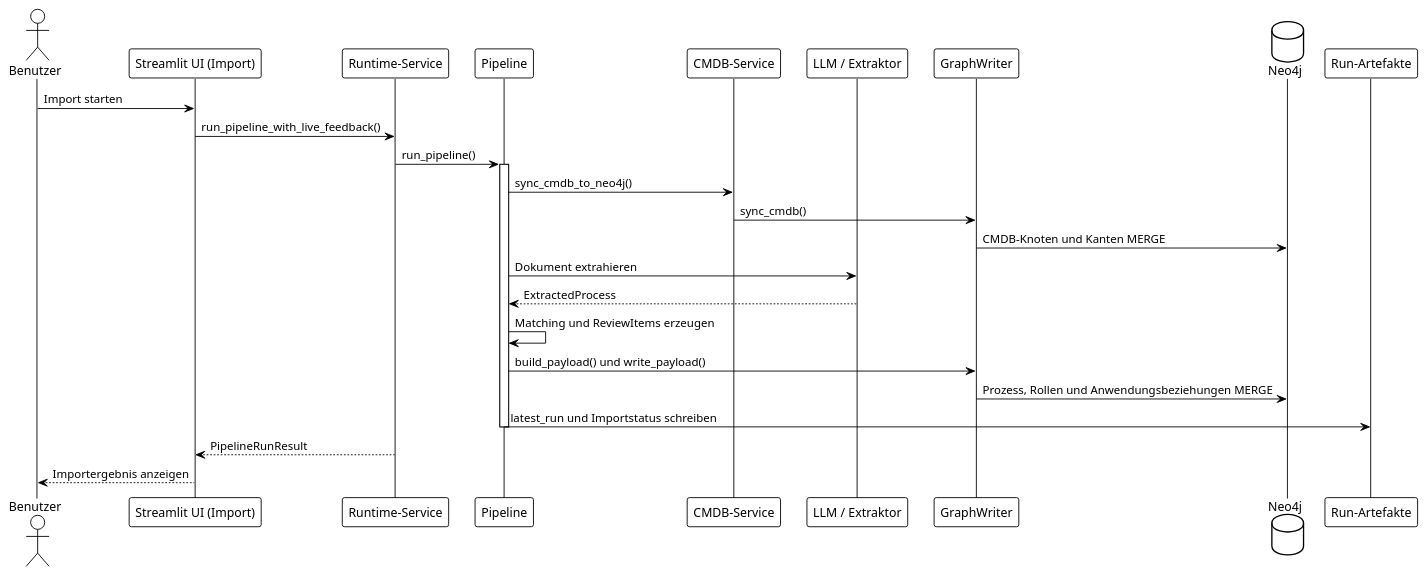
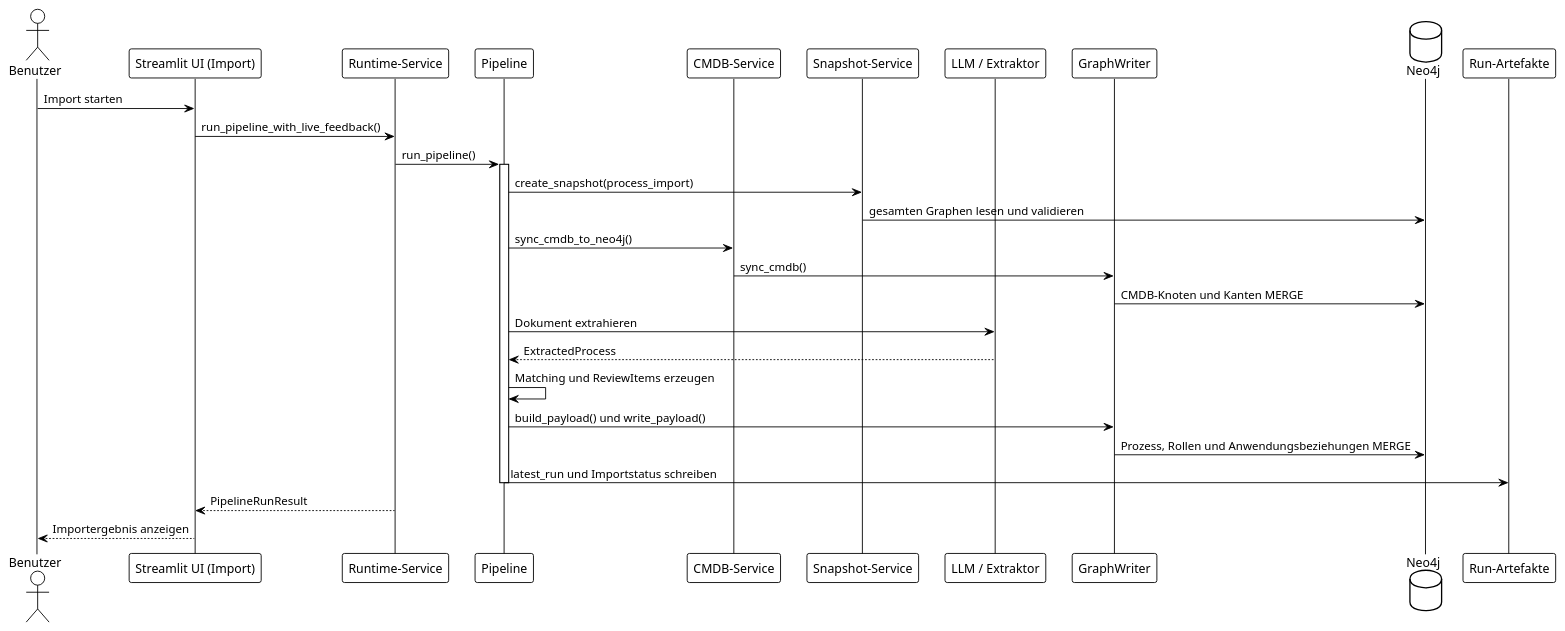
The diagram in Specs/BRIDGR_Sequenzdiagramme_001.puml (max-dingsda/BRIDGR), drawn with PlantUML before and after one commit. The commit also changed 30 other files, not shown here.

Commit message:
v.029.0 feat: add graph snapshot and restore workflow

```diff
--- a/Specs/BRIDGR_Sequenzdiagramme_001.puml
+++ b/Specs/BRIDGR_Sequenzdiagramme_001.puml
@@ -1,29 +1,32 @@
 @startuml BRIDGR_Sequenzdiagramme_001
 !theme plain
 actor "Benutzer" as User
 participant "Streamlit UI (Import)" as UI
 participant "Runtime-Service" as Runtime
 participant "Pipeline" as Pipeline
 participant "CMDB-Service" as Cmdb
+participant "Snapshot-Service" as Snapshot
 participant "LLM / Extraktor" as Extractor
 participant "GraphWriter" as Writer
 database "Neo4j" as Neo4j
 participant "Run-Artefakte" as Artifacts
 
 User -> UI : Import starten
 UI -> Runtime : run_pipeline_with_live_feedback()
 Runtime -> Pipeline : run_pipeline()
 activate Pipeline
+Pipeline -> Snapshot : create_snapshot(process_import)
+Snapshot -> Neo4j : gesamten Graphen lesen und validieren
 Pipeline -> Cmdb : sync_cmdb_to_neo4j()
 Cmdb -> Writer : sync_cmdb()
 Writer -> Neo4j : CMDB-Knoten und Kanten MERGE
 Pipeline -> Extractor : Dokument extrahieren
 Extractor --> Pipeline : ExtractedProcess
 Pipeline -> Pipeline : Matching und ReviewItems erzeugen
 Pipeline -> Writer : build_payload() und write_payload()
 Writer -> Neo4j : Prozess, Rollen und Anwendungsbeziehungen MERGE
 Pipeline -> Artifacts : latest_run und Importstatus schreiben
 deactivate Pipeline
 Runtime --> UI : PipelineRunResult
 UI --> User : Importergebnis anzeigen
 @enduml
```
